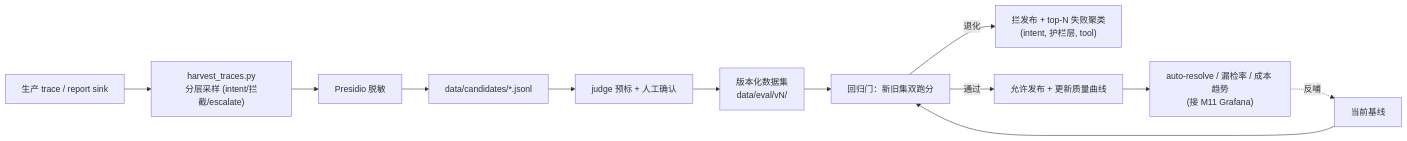
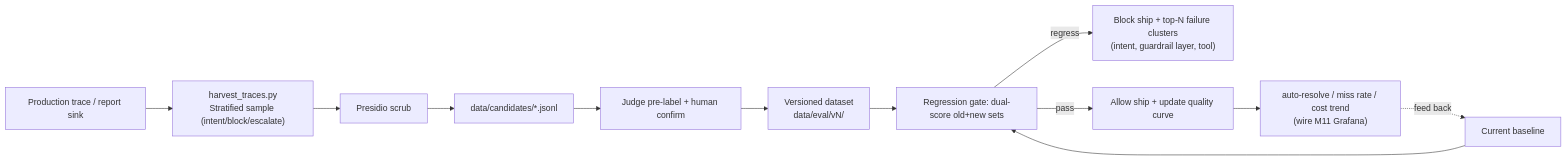
One commit to AndyUneducated/resolve-ai changed the diagram in docs/milestone-14-plan.md. Above: the diagram before and after it, drawn with Mermaid. The commit also changed other lines of this file and 79 other files, not shown here.

````diff
--- a/docs/milestone-14-plan.md
+++ b/docs/milestone-14-plan.md
@@ -9,14 +9,14 @@
 ```mermaid
 flowchart LR
-  prod["生产 trace / report sink"] --> harv["harvest_traces.py<br/>分层采样 (intent/拦截/escalate)"]
-  harv --> scrub["Presidio 脱敏"]
+  prod["Production trace / report sink"] --> harv["harvest_traces.py<br/>Stratified sample (intent/block/escalate)"]
+  harv --> scrub["Presidio scrub"]
   scrub --> cand["data/candidates/*.jsonl"]
-  cand --> label["judge 预标 + 人工确认"]
-  label --> ds["版本化数据集<br/>data/eval/vN/"]
-  ds --> gate["回归门：新旧集双跑分"]
-  base["当前基线"] --> gate
-  gate -- 退化 --> block["拦发布 + top-N 失败聚类<br/>(intent, 护栏层, tool)"]
-  gate -- 通过 --> ship["允许发布 + 更新质量曲线"]
-  ship --> curve["auto-resolve / 漏检率 / 成本 趋势<br/>(接 M11 Grafana)"]
-  curve -. 反哺 .-> base
+  cand --> label["Judge pre-label + human confirm"]
+  label --> ds["Versioned dataset<br/>data/eval/vN/"]
+  ds --> gate["Regression gate: dual-score old+new sets"]
+  base["Current baseline"] --> gate
+  gate -- regress --> block["Block ship + top-N failure clusters<br/>(intent, guardrail layer, tool)"]
+  gate -- pass --> ship["Allow ship + update quality curve"]
+  ship --> curve["auto-resolve / miss rate / cost trend<br/>(wire M11 Grafana)"]
+  curve -. feed back .-> base
 ```
````
